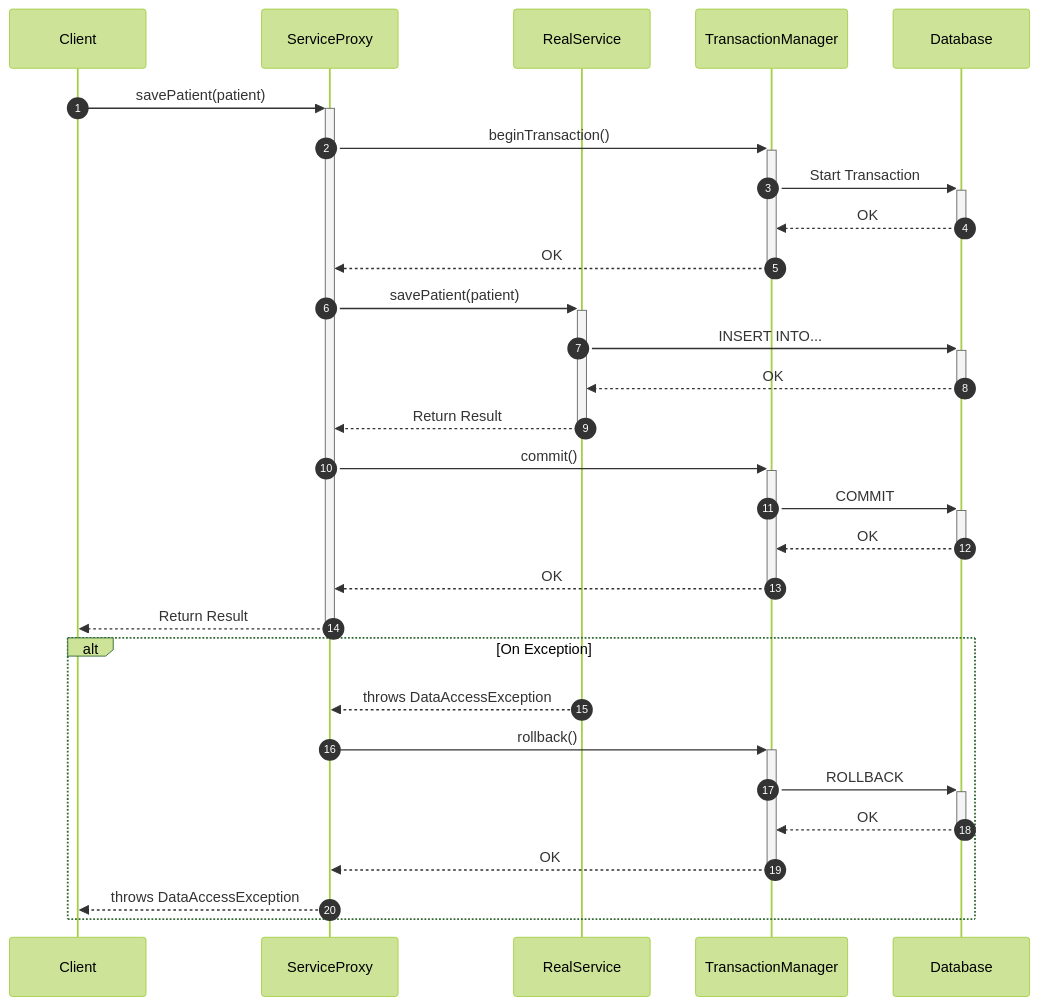
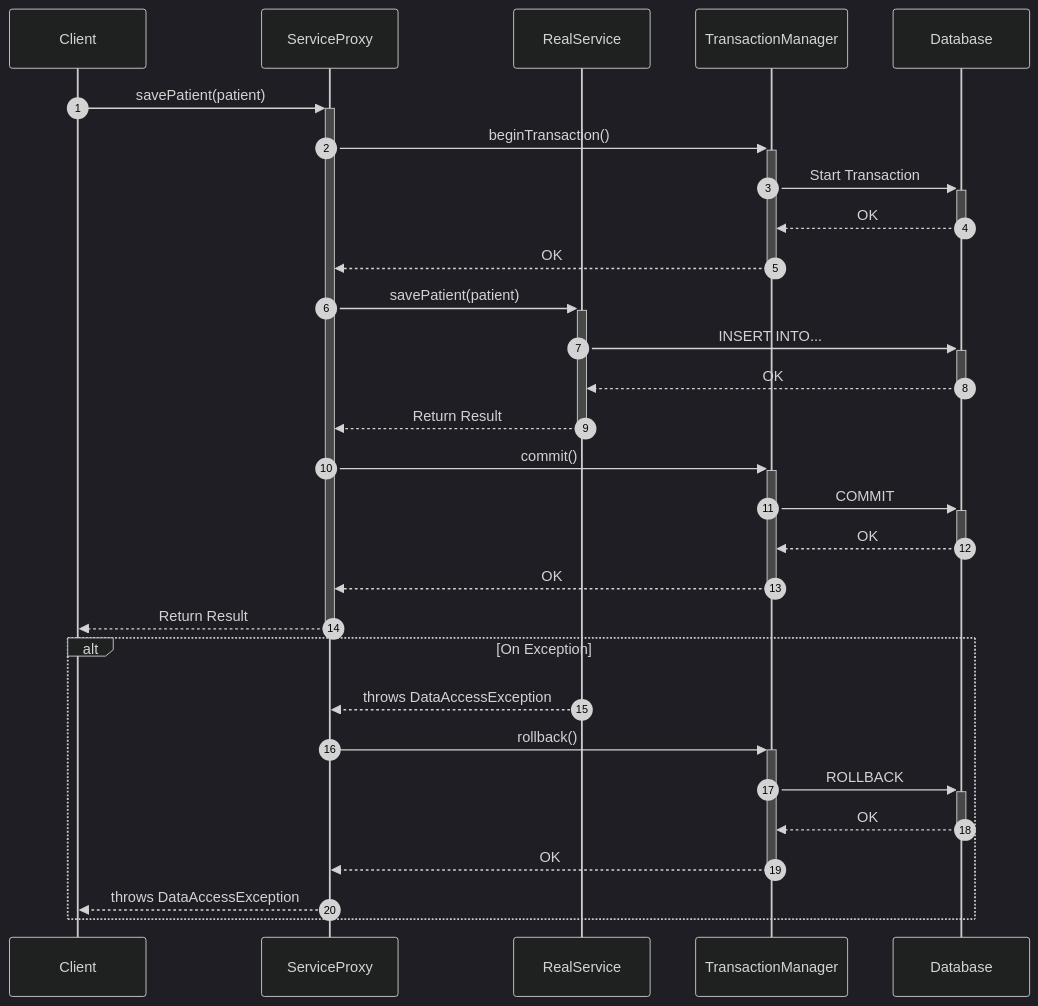
Before and after one commit to Ashjha75/MyDocs: the fourth of 4 diagrams in src/content/docs/springboot/projectdocs/core3.md, drawn with Mermaid.

Commit message:
Refactor: Change Mermaid diagram theme from forest to dark for improved visibility

````diff
--- a/src/content/docs/springboot/projectdocs/core3.md
+++ b/src/content/docs/springboot/projectdocs/core3.md
@@ -242,36 +242,36 @@
 ```mermaid
 ---
 config:
-  theme: forest
+  theme: dark
 ---
 sequenceDiagram
   participant Client as Client
   participant Proxy as ServiceProxy
   participant Target as RealService
   participant TM as TransactionManager
   participant DB as Database
   autonumber
   Client ->>+ Proxy: savePatient(patient)
   Proxy ->>+ TM: beginTransaction()
   TM ->>+ DB: Start Transaction
   DB -->>- TM: OK
   TM -->>- Proxy: OK
   Proxy ->>+ Target: savePatient(patient)
   Target ->>+ DB: INSERT INTO...
   DB -->>- Target: OK
   Target -->>- Proxy: Return Result
   Proxy ->>+ TM: commit()
   TM ->>+ DB: COMMIT
   DB -->>- TM: OK
   TM -->>- Proxy: OK
   Proxy -->>- Client: Return Result
   alt On Exception
     Target -->> Proxy: throws DataAccessException
     Proxy ->>+ TM: rollback()
     TM ->>+ DB: ROLLBACK
     DB -->>- TM: OK
     TM -->>- Proxy: OK
     Proxy -->> Client: throws DataAccessException
   end
 
 ```
````
